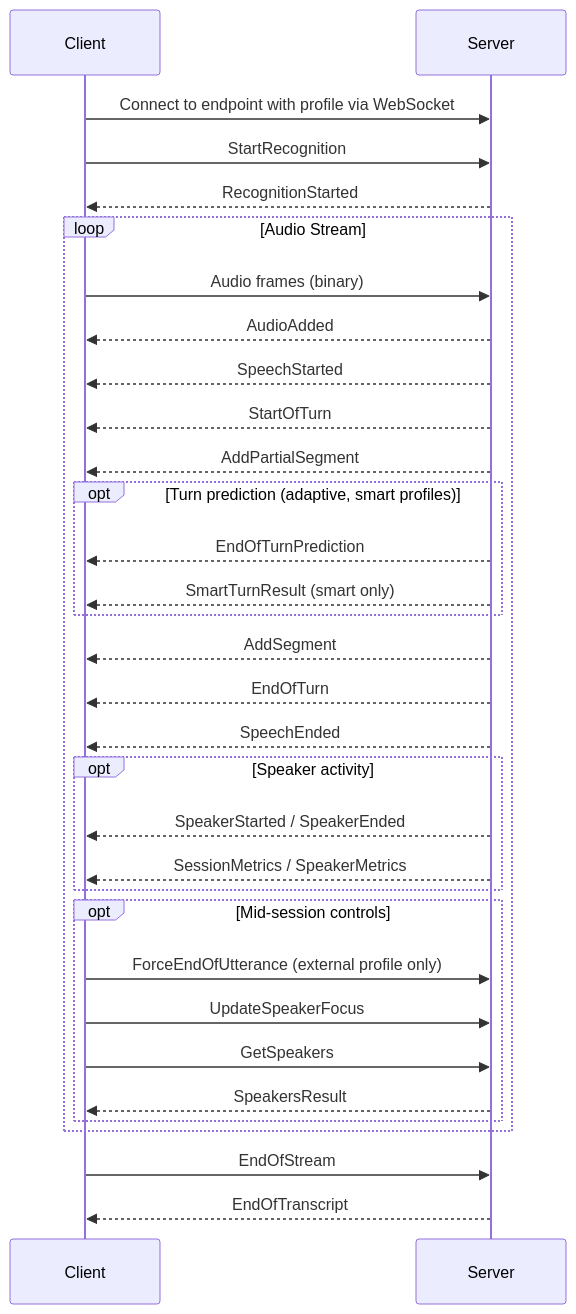
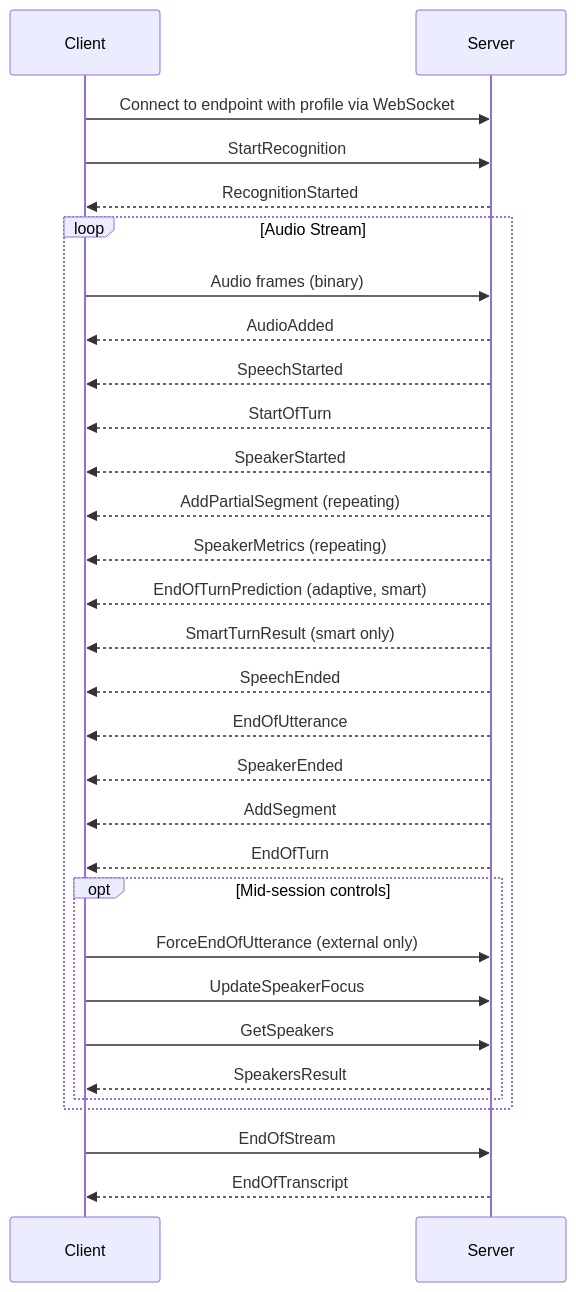
Before and after one commit to speechmatics/docs: the diagram in docs/private/voice-agent-api.mdx, drawn with Mermaid.

Commit message:
Fix session flow diagram — correct message ordering and remove opt blocks
- Fix ordering: SpeakerStarted after StartOfTurn, SpeechEnded/EndOfUtterance/
  SpeakerEnded before AddSegment, EndOfTurn last
- Add missing EndOfUtterance
- Remove incorrect Speaker activity opt block — speaker events now in correct
  position in the main flow
- Add profile annotations inline (adaptive/smart, smart only, external only)
- Move ForceEndOfUtterance into mid-session controls opt block
- Add SessionMetrics note below diagram

````diff
--- a/docs/private/voice-agent-api.mdx
+++ b/docs/private/voice-agent-api.mdx
@@ -82,42 +82,36 @@
 ```mermaid
 sequenceDiagram
     participant C as Client
     participant S as Server
 
     C->>S: Connect to endpoint with profile via WebSocket
     C->>S: StartRecognition
     S-->>C: RecognitionStarted
 
     loop Audio Stream
         C->>S: Audio frames (binary)
         S-->>C: AudioAdded
-
         S-->>C: SpeechStarted
         S-->>C: StartOfTurn
-        S-->>C: AddPartialSegment
-
-        opt Turn prediction (adaptive, smart profiles)
-            S-->>C: EndOfTurnPrediction
-            S-->>C: SmartTurnResult (smart only)
-        end
-
+        S-->>C: SpeakerStarted
+        S-->>C: AddPartialSegment (repeating)
+        S-->>C: SpeakerMetrics (repeating)
+        S-->>C: EndOfTurnPrediction (adaptive, smart)
+        S-->>C: SmartTurnResult (smart only)
+        S-->>C: SpeechEnded
+        S-->>C: EndOfUtterance
+        S-->>C: SpeakerEnded
         S-->>C: AddSegment
         S-->>C: EndOfTurn
-        S-->>C: SpeechEnded
-
-        opt Speaker activity
-            S-->>C: SpeakerStarted / SpeakerEnded
-            S-->>C: SessionMetrics / SpeakerMetrics
-        end
 
         opt Mid-session controls
-            C->>S: ForceEndOfUtterance (external profile only)
+            C->>S: ForceEndOfUtterance (external only)
             C->>S: UpdateSpeakerFocus
             C->>S: GetSpeakers
             S-->>C: SpeakersResult
         end
     end
 
     C->>S: EndOfStream
     S-->>C: EndOfTranscript
 ```
````
